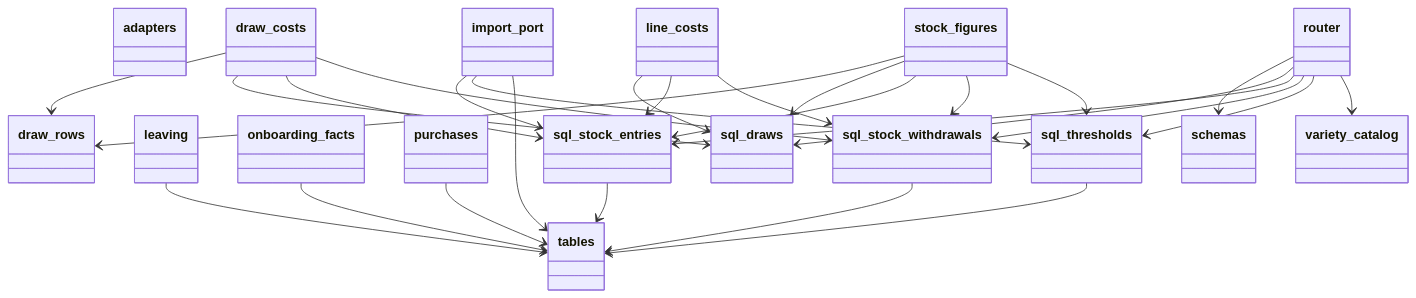
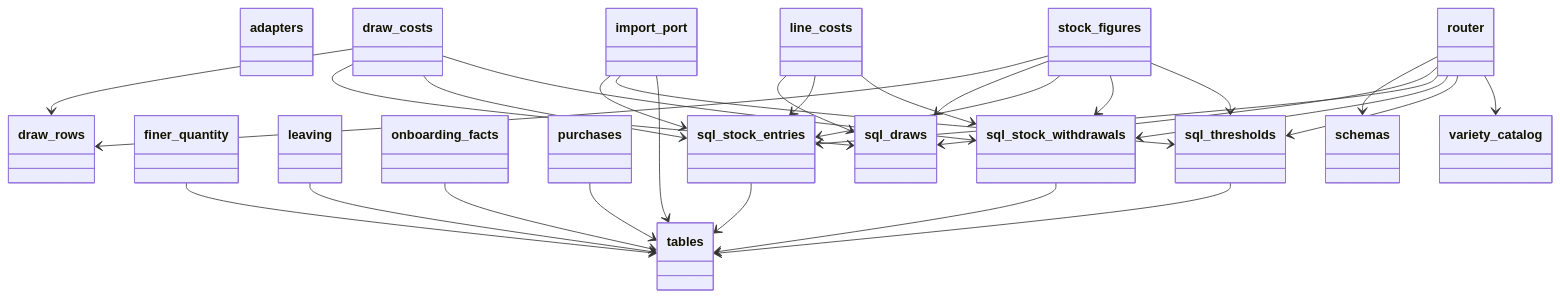
Before and after one commit to GonzaloZevallos/apostrophe: the third of 6 diagrams in docs/architecture/generated/classes/stock.md, drawn with Mermaid. The commit also changed 4 other files, not shown here.

Commit message:
Regenerate the API and architecture docs for the guarded decimals update

````diff
--- a/docs/architecture/generated/classes/stock.md
+++ b/docs/architecture/generated/classes/stock.md
@@ -93,64 +93,67 @@
 ```mermaid
 classDiagram
   class adapters {
   }
   class draw_costs {
   }
   class draw_rows {
+  }
+  class finer_quantity {
   }
   class import_port {
   }
   class leaving {
   }
   class line_costs {
   }
   class onboarding_facts {
   }
   class purchases {
   }
   class router {
   }
   class schemas {
   }
   class sql_draws {
   }
   class sql_stock_entries {
   }
   class sql_stock_withdrawals {
   }
   class sql_thresholds {
   }
   class stock_figures {
   }
   class tables {
   }
   class variety_catalog {
   }
   draw_costs --> draw_rows
   draw_costs --> sql_draws
   draw_costs --> sql_stock_entries
   draw_costs --> sql_stock_withdrawals
+  finer_quantity --> tables
   import_port --> sql_stock_entries
   import_port --> sql_thresholds
   import_port --> tables
   leaving --> tables
   line_costs --> sql_draws
   line_costs --> sql_stock_entries
   line_costs --> sql_stock_withdrawals
   onboarding_facts --> tables
   purchases --> tables
   router --> schemas
   router --> sql_draws
   router --> sql_stock_entries
   router --> sql_stock_withdrawals
   router --> sql_thresholds
   router --> variety_catalog
   sql_stock_entries --> tables
   sql_stock_withdrawals --> tables
   sql_thresholds --> tables
   stock_figures --> draw_rows
   stock_figures --> sql_draws
   stock_figures --> sql_stock_entries
   stock_figures --> sql_stock_withdrawals
   stock_figures --> sql_thresholds
 ```
````
